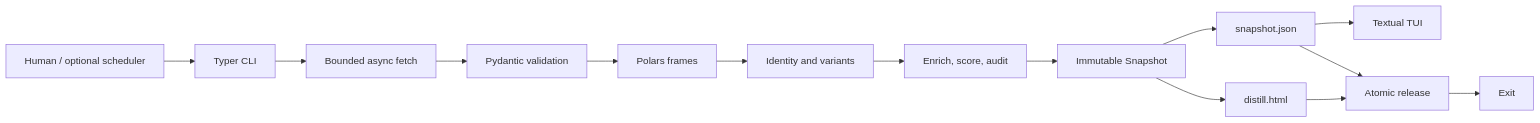
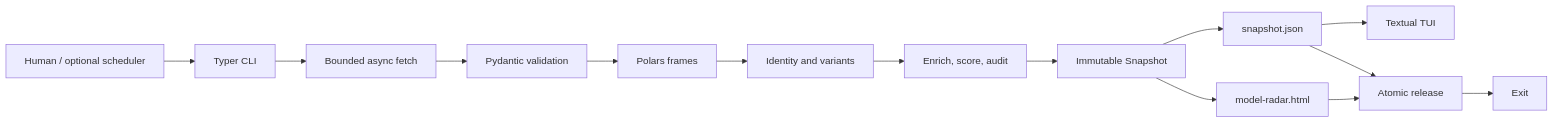
The diagram in solution.md (brewingshell/model-radar), drawn with Mermaid before and after one commit. The commit also changed other lines of this file and 28 other files, not shown here.

First line of the commit message:
Rename project to model-radar and persist Pages history

````diff
--- a/solution.md
+++ b/solution.md
@@ -68,16 +68,16 @@
 ```mermaid
 flowchart LR
     Caller[Human / optional scheduler] --> CLI[Typer CLI]
     CLI --> Fetch[Bounded async fetch]
     Fetch --> Validate[Pydantic validation]
     Validate --> Frames[Polars frames]
     Frames --> Resolve[Identity and variants]
     Resolve --> Analyze[Enrich, score, audit]
     Analyze --> Snapshot[Immutable Snapshot]
-    Snapshot --> HTML[distill.html]
+    Snapshot --> HTML[model-radar.html]
     Snapshot --> JSON[snapshot.json]
     JSON --> TUI[Textual TUI]
     HTML --> Publish[Atomic release]
     JSON --> Publish
     Publish --> Exit[Exit]
 ```
````
